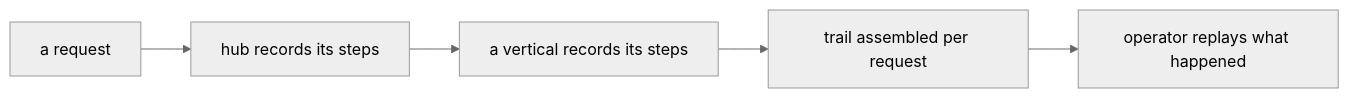
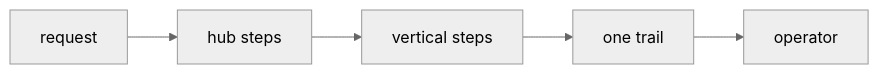
Before and after one commit to digithings-ai/digithings: the diagram in apps/digithings-web/content/book/16-digitrace/index.mdx, drawn with Mermaid (neutral theme). The commit also changed other lines of this file and 75 other files, not shown here.

````diff
--- a/apps/digithings-web/content/book/16-digitrace/index.mdx
+++ b/apps/digithings-web/content/book/16-digitrace/index.mdx
@@ -31,7 +26,7 @@
-```mermaid
+```mermaid one request, one story: the trail follows it across every service it touches
 flowchart LR
-  REQ[a request] --> HUB[hub records its steps]
-  HUB --> VERT[a vertical records its steps]
-  VERT --> TRACE[trail assembled per request]
-  TRACE --> OP[operator replays what happened]
+  REQ[request] --> HUB[hub steps]
+  HUB --> VERT[vertical steps]
+  VERT --> TRAIL[one trail]
+  TRAIL --> OP[operator]
 ```
````
